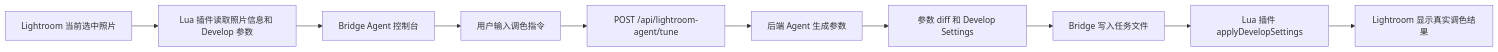
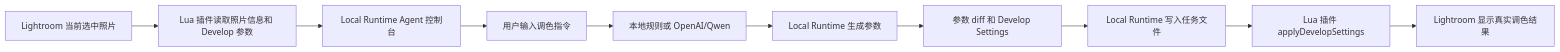
One commit to malchinee255/TonePilot changed the first of 4 diagrams in docs/architecture.md. Above: the diagram before and after it, drawn with Mermaid. The commit also changed other lines of this file and 33 other files, not shown here.

Commit message:
refactor lightroom local runtime

````diff
--- a/docs/architecture.md
+++ b/docs/architecture.md
@@ -14,12 +14,12 @@
 ```mermaid
 flowchart LR
   A["Lightroom 当前选中照片"] --> B["Lua 插件读取照片信息和 Develop 参数"]
-  B --> C["Bridge Agent 控制台"]
+  B --> C["Local Runtime Agent 控制台"]
   C --> D["用户输入调色指令"]
-  D --> E["POST /api/lightroom-agent/tune"]
-  E --> F["后端 Agent 生成参数"]
+  D --> E["本地规则或 OpenAI/Qwen"]
+  E --> F["Local Runtime 生成参数"]
   F --> G["参数 diff 和 Develop Settings"]
-  G --> H["Bridge 写入任务文件"]
+  G --> H["Local Runtime 写入任务文件"]
   H --> I["Lua 插件 applyDevelopSettings"]
   I --> J["Lightroom 显示真实调色结果"]
 ```
````
